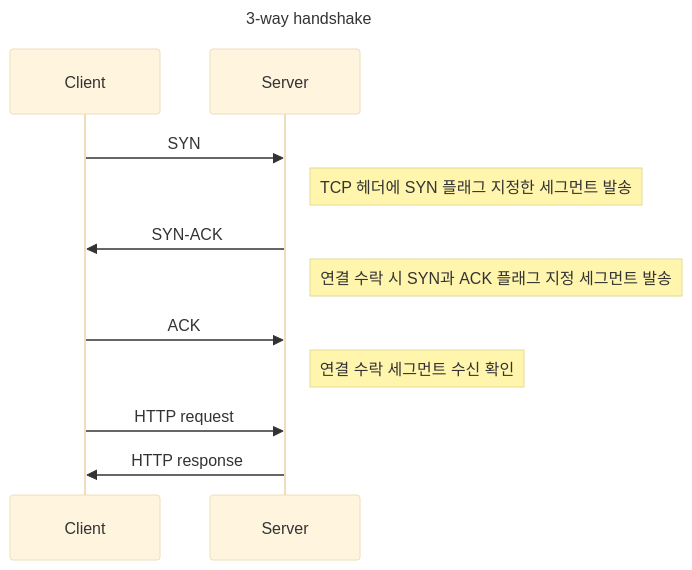
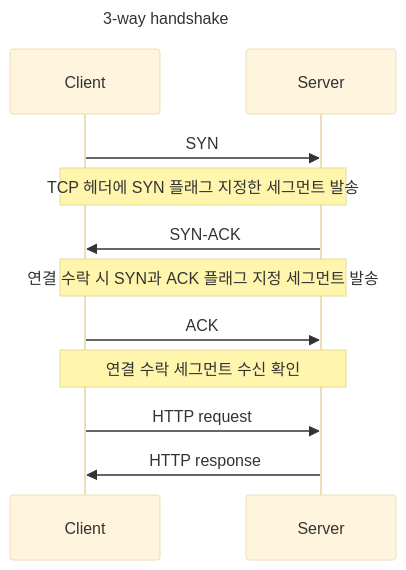
One commit to djccnt15/djccnt15.github.io changed the third of 5 diagrams in docs/blog/posts/2024-07-25-web_client_server.md. Above: the diagram before and after it, drawn with Mermaid (base theme). The commit also changed other lines of this file, not shown here.

Commit message:
update web_client_server fix and add detail about DNS Query

````diff
--- a/docs/blog/posts/2024-07-25-web_client_server.md
+++ b/docs/blog/posts/2024-07-25-web_client_server.md
@@ -57,14 +94,14 @@
 ```mermaid
 ---
 title: 3-way handshake
 ---
 sequenceDiagram
     Client ->> Server : SYN
-    Note right of Server : TCP 헤더에 SYN 플래그 지정한 세그먼트 발송
+    Note over Client, Server : TCP 헤더에 SYN 플래그 지정한 세그먼트 발송
     Server ->> Client : SYN-ACK
-    Note right of Server : 연결 수락 시 SYN과 ACK 플래그 지정 세그먼트 발송
+    Note over Client, Server : 연결 수락 시 SYN과 ACK 플래그 지정 세그먼트 발송
     Client ->> Server : ACK
-    Note right of Server : 연결 수락 세그먼트 수신 확인
+    Note over Client, Server : 연결 수락 세그먼트 수신 확인
     Client ->> Server : HTTP request
     Server ->> Client : HTTP response
 ```
````
